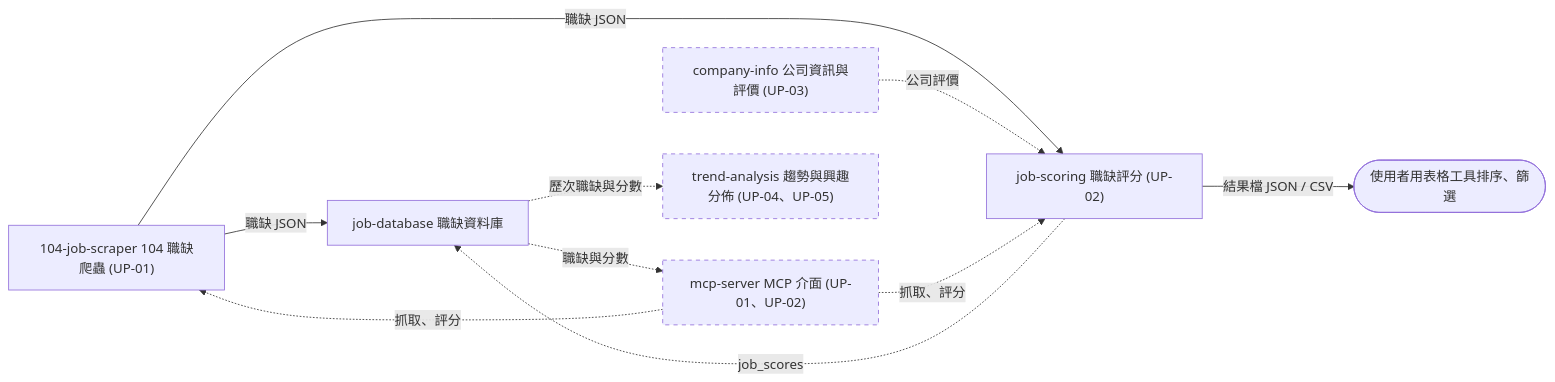
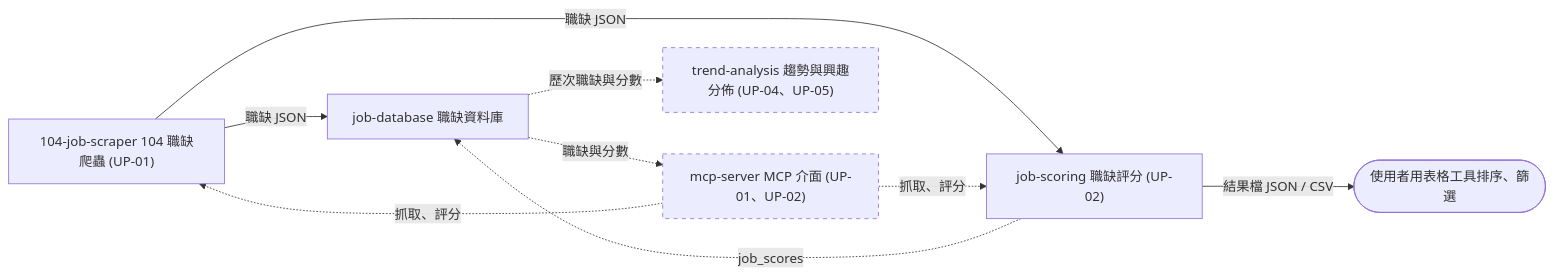
Before and after one commit to dlhdb/job-matching: the diagram in docs/README.md, drawn with Mermaid. The commit also changed other lines of this file and 5 other files, not shown here.

First line of the commit message:
docs: 移除 company-info 規劃，範圍外不重複列非目標

````diff
--- a/docs/README.md
+++ b/docs/README.md
@@ -51,15 +51,14 @@
 ```mermaid
 flowchart LR
     scraper["104-job-scraper 104 職缺爬蟲 (UP-01)"] -->|職缺 JSON| db["job-database 職缺資料庫"]
     scraper -->|職缺 JSON| scoring["job-scoring 職缺評分 (UP-02)"]
     scoring -->|結果檔 JSON / CSV| U(["使用者用表格工具排序、篩選"])
     scoring -.->|job_scores| db
-    company["company-info 公司資訊與評價 (UP-03)"] -.->|公司評價| scoring
     db -.->|職缺與分數| mcp["mcp-server MCP 介面 (UP-01、UP-02)"]
     mcp -.->|抓取、評分| scraper
     mcp -.->|抓取、評分| scoring
     db -.->|歷次職缺與分數| trend["trend-analysis 趨勢與興趣分佈 (UP-04、UP-05)"]
 
     classDef planned stroke-dasharray: 5 5
-    class company,mcp,trend planned
+    class mcp,trend planned
 ```
````
